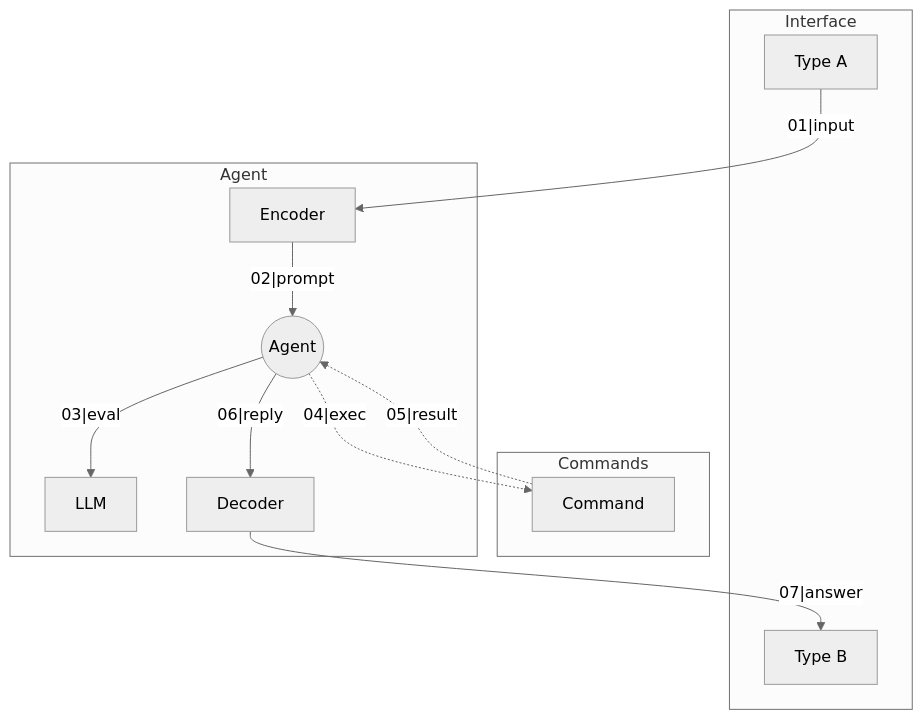
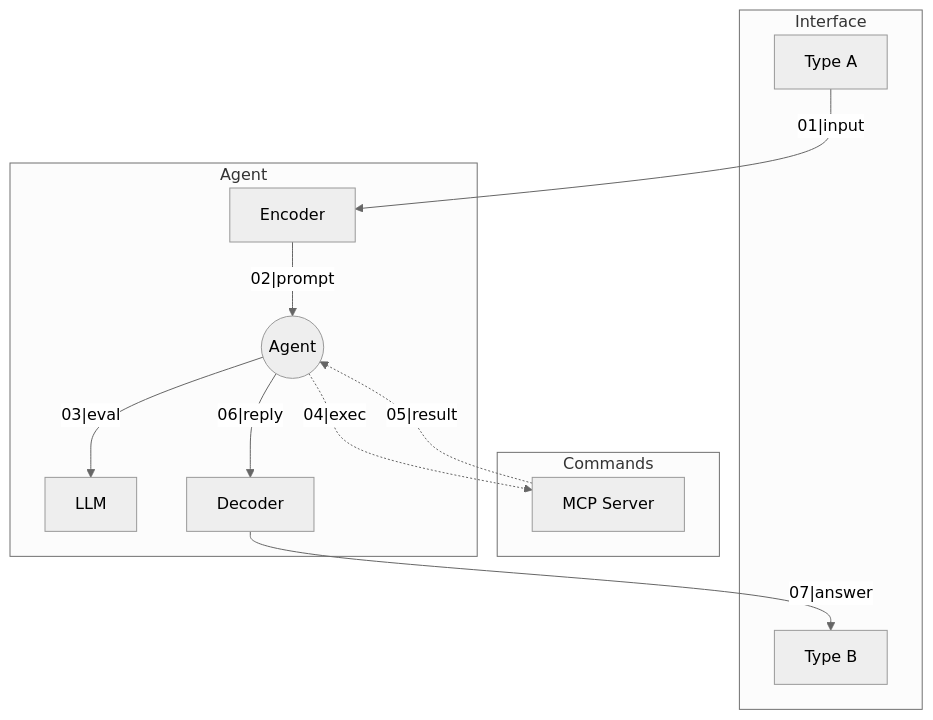
The second of 3 diagrams in README.md (kshard/thinker), drawn with Mermaid before and after one commit. The commit also changed other lines of this file and 45 other files, not shown here.

````diff
--- a/README.md
+++ b/README.md
@@ -179,20 +174,20 @@
 ```mermaid
 %%{init: {'theme':'neutral'}}%%
 graph TD
     subgraph Interface
     A[Type A]
     B[Type B]
     end
     subgraph Commands
-    C[Command]
+    C[MCP Server]
     end
     subgraph Agent
     A --"01|input"--> E[Encoder]
     E --"02|prompt"--> G((Agent))
     G --"03|eval"--> L[LLM]
     G -."04|exec".-> C
     C -."05|result".-> G
     G --"06|reply"--> D[Decoder]
     D --"07|answer" --> B
     end
 ```
````
